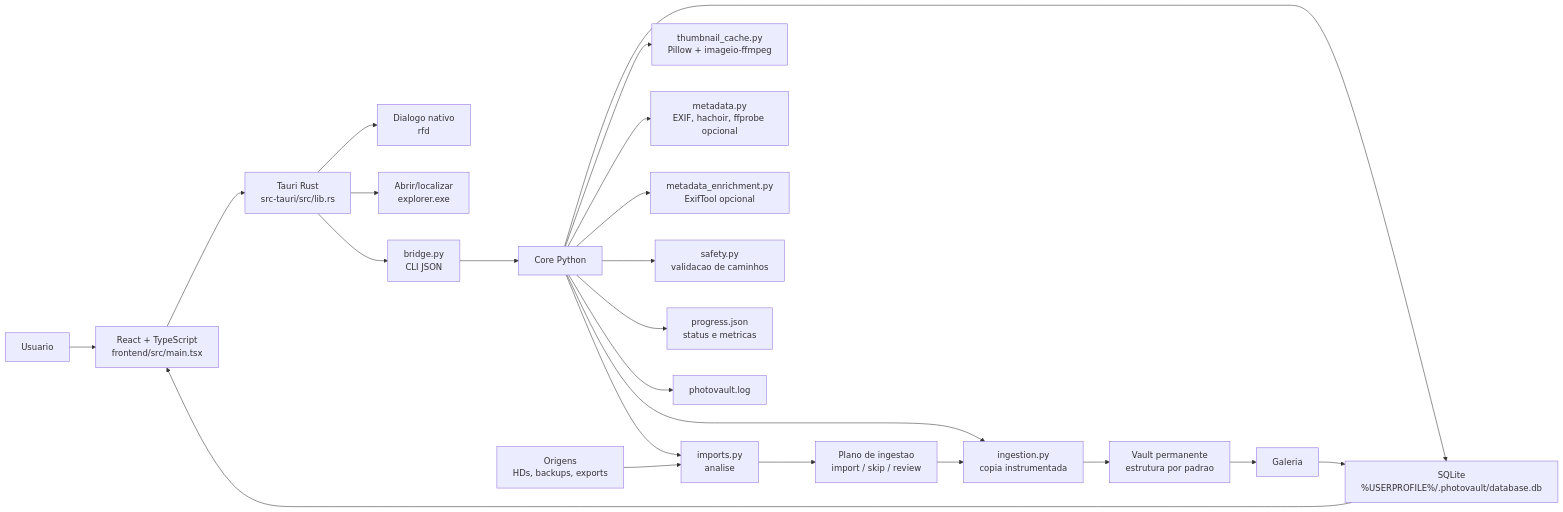
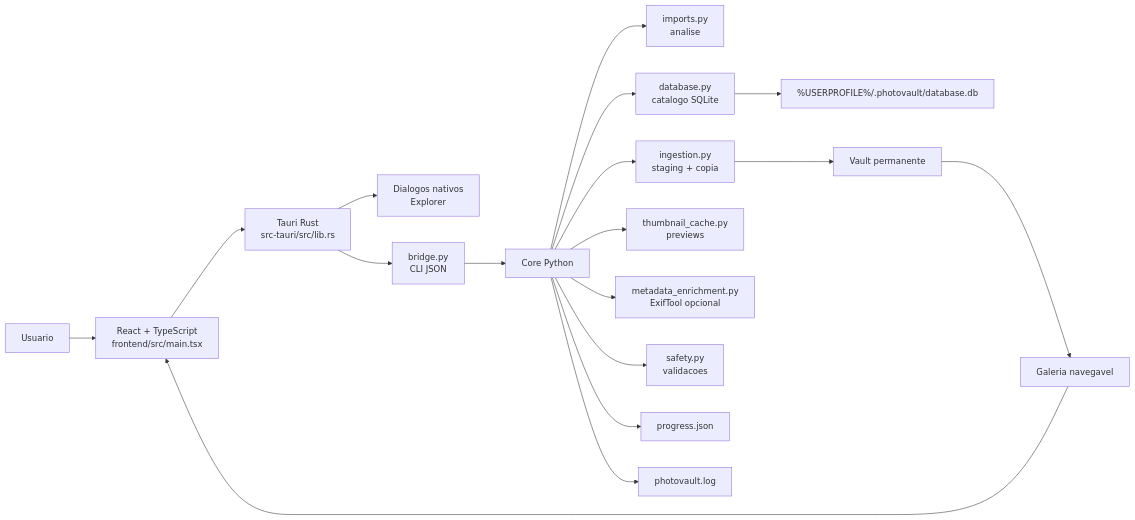
Before and after one commit to caiosegovia/PhotoVault: the diagram in README.md, drawn with Mermaid. The commit also changed other lines of this file and 19 other files, not shown here.

````diff
--- a/README.md
+++ b/README.md
@@ -53,29 +69,22 @@
 ```mermaid
 flowchart LR
     User["Usuario"] --> UI["React + TypeScript<br/>frontend/src/main.tsx"]
-
-    UI --> Native["Tauri Rust<br/>src-tauri/src/lib.rs"]
-    Native --> Dialog["Dialogo nativo<br/>rfd"]
-    Native --> Explorer["Abrir/localizar<br/>explorer.exe"]
-    Native --> Bridge["bridge.py<br/>CLI JSON"]
+    UI --> Tauri["Tauri Rust<br/>src-tauri/src/lib.rs"]
+    Tauri --> Native["Dialogos nativos<br/>Explorer"]
+    Tauri --> Bridge["bridge.py<br/>CLI JSON"]
 
     Bridge --> Core["Core Python"]
     Core --> Imports["imports.py<br/>analise"]
-    Core --> Ingestion["ingestion.py<br/>copia instrumentada"]
-    Core --> Thumb["thumbnail_cache.py<br/>Pillow + imageio-ffmpeg"]
-    Core --> Metadata["metadata.py<br/>EXIF, hachoir, ffprobe opcional"]
-    Core --> ExifTool["metadata_enrichment.py<br/>ExifTool opcional"]
-    Core --> Safety["safety.py<br/>validacao de caminhos"]
+    Core --> Ingestion["ingestion.py<br/>staging + copia"]
+    Core --> Catalog["database.py<br/>catalogo SQLite"]
+    Core --> Thumb["thumbnail_cache.py<br/>previews"]
+    Core --> Enrich["metadata_enrichment.py<br/>ExifTool opcional"]
+    Core --> Safety["safety.py<br/>validacoes"]
 
-    Core --> DB["SQLite<br/>%USERPROFILE%/.photovault/database.db"]
-    Core --> Progress["progress.json<br/>status e metricas"]
+    Catalog --> DB["%USERPROFILE%/.photovault/database.db"]
+    Core --> Progress["progress.json"]
     Core --> Logs["photovault.log"]
-
-    Sources["Origens<br/>HDs, backups, exports"] --> Imports
-    Imports --> Plan["Plano de ingestao<br/>import / skip / review"]
-    Plan --> Ingestion
-    Ingestion --> Vault["Vault permanente<br/>estrutura por padrao"]
-    Vault --> Gallery["Galeria"]
-    Gallery --> DB
-    DB --> UI
+    Ingestion --> Vault["Vault permanente"]
+    Vault --> Gallery["Galeria navegavel"]
+    Gallery --> UI
 ```
````
